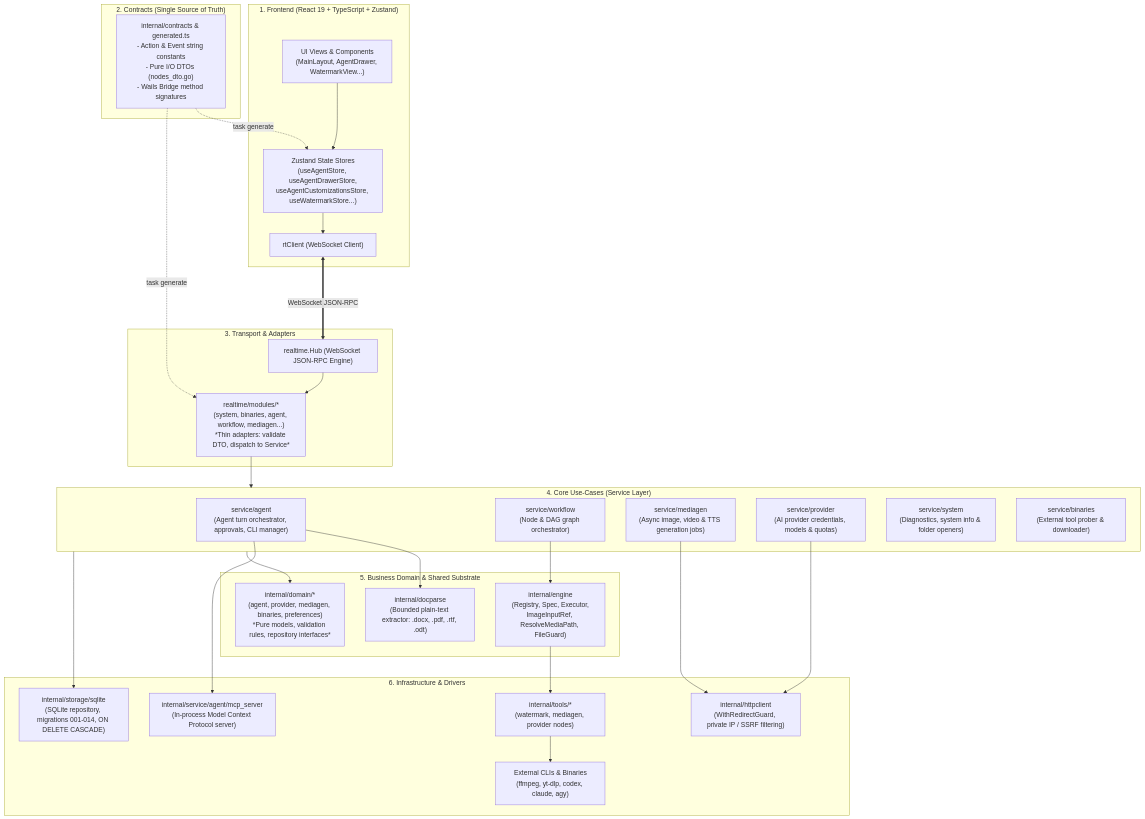
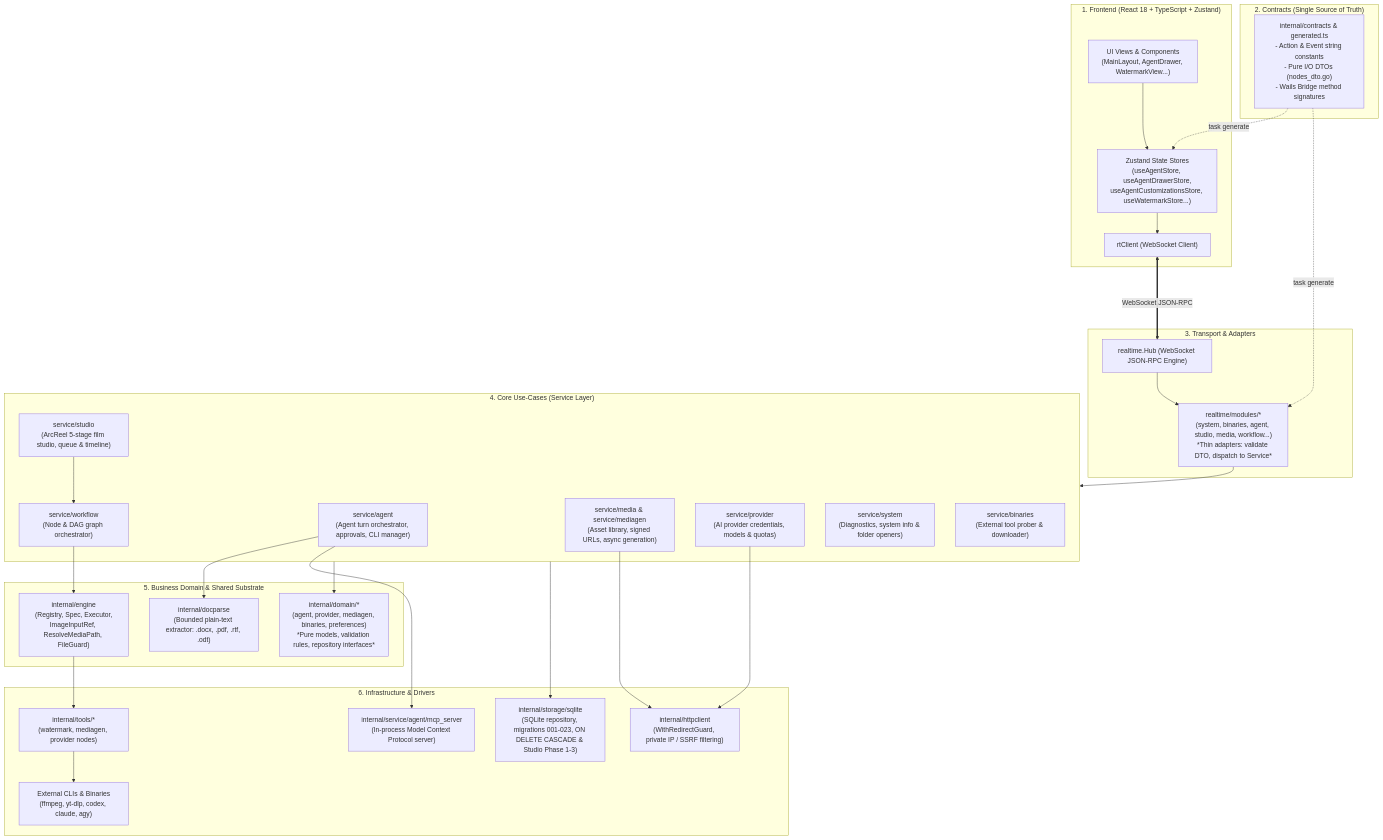
One commit to nhathaofn/dezuxkstudio changed the first of 4 diagrams in docs/architecture.md. Above: the diagram before and after it, drawn with Mermaid. The commit also changed other lines of this file and 6 other files, not shown here.

Commit message:
docs: synchronize README, architecture.md, and TEST_INFRA with Go 1.26, React 18, migrations 001-023, LockHostAdmin, and fix DOM test TypeScript types

````diff
--- a/docs/architecture.md
+++ b/docs/architecture.md
@@ -16,57 +16,59 @@
 ```mermaid
 flowchart TD
-    subgraph Frontend["1. Frontend (React 19 + TypeScript + Zustand)"]
+    subgraph Frontend["1. Frontend (React 18 + TypeScript + Zustand)"]
         UI["UI Views & Components<br/>(MainLayout, AgentDrawer, WatermarkView...)"]
         Stores["Zustand State Stores<br/>(useAgentStore, useAgentDrawerStore,<br/>useAgentCustomizationsStore, useWatermarkStore...)"]
         RTClient["rtClient (WebSocket Client)"]
         UI --> Stores --> RTClient
     end
 
     subgraph ContractsLayer["2. Contracts (Single Source of Truth)"]
         Contracts["internal/contracts & generated.ts<br/>- Action & Event string constants<br/>- Pure I/O DTOs (nodes_dto.go)<br/>- Wails Bridge method signatures"]
     end
 
     subgraph TransportLayer["3. Transport & Adapters"]
         RTHub["realtime.Hub (WebSocket JSON-RPC Engine)"]
-        Modules["realtime/modules/*<br/>(system, binaries, agent, workflow, mediagen...)<br/>*Thin adapters: validate DTO, dispatch to Service*"]
+        Modules["realtime/modules/*<br/>(system, binaries, agent, studio, media, workflow...)<br/>*Thin adapters: validate DTO, dispatch to Service*"]
         RTHub --> Modules
     end
 
     subgraph ServiceLayer["4. Core Use-Cases (Service Layer)"]
         SvcAgent["service/agent<br/>(Agent turn orchestrator, approvals, CLI manager)"]
+        SvcStudio["service/studio<br/>(ArcReel 5-stage film studio, queue & timeline)"]
         SvcWorkflow["service/workflow<br/>(Node & DAG graph orchestrator)"]
-        SvcMediaGen["service/mediagen<br/>(Async image, video & TTS generation jobs)"]
+        SvcMedia["service/media & service/mediagen<br/>(Asset library, signed URLs, async generation)"]
         SvcProvider["service/provider<br/>(AI provider credentials, models & quotas)"]
         SvcSystem["service/system<br/>(Diagnostics, system info & folder openers)"]
         SvcBinaries["service/binaries<br/>(External tool prober & downloader)"]
     end
 
     subgraph SubstrateLayer["5. Business Domain & Shared Substrate"]
         Domain["internal/domain/*<br/>(agent, provider, mediagen, binaries, preferences)<br/>*Pure models, validation rules, repository interfaces*"]
         DocParse["internal/docparse<br/>(Bounded plain-text extractor: .docx, .pdf, .rtf, .odt)"]
         EngineSubstrate["internal/engine<br/>(Registry, Spec, Executor,<br/>ImageInputRef, ResolveMediaPath, FileGuard)"]
     end
 
     subgraph InfrastructureLayer["6. Infrastructure & Drivers"]
-        SQLite["internal/storage/sqlite<br/>(SQLite repository, migrations 001-014, ON DELETE CASCADE)"]
+        SQLite["internal/storage/sqlite<br/>(SQLite repository, migrations 001-023, ON DELETE CASCADE & Studio Phase 1-3)"]
         MCP["internal/service/agent/mcp_server<br/>(In-process Model Context Protocol server)"]
         HTTPClient["internal/httpclient<br/>(WithRedirectGuard, private IP / SSRF filtering)"]
         ToolsImpl["internal/tools/*<br/>(watermark, mediagen, provider nodes)"]
         CLIs["External CLIs & Binaries<br/>(ffmpeg, yt-dlp, codex, claude, agy)"]
     end
 
     %% Connections
     RTClient <===>|WebSocket JSON-RPC| RTHub
     Contracts -.->|task generate| Stores
     Contracts -.->|task generate| Modules
     Modules --> ServiceLayer
     ServiceLayer --> Domain
     SvcAgent --> DocParse
     SvcAgent --> MCP
     SvcWorkflow --> EngineSubstrate
     EngineSubstrate --> ToolsImpl
     ToolsImpl --> CLIs
     SvcProvider --> HTTPClient
-    SvcMediaGen --> HTTPClient
+    SvcMedia --> HTTPClient
+    SvcStudio --> SvcWorkflow
     ServiceLayer --> SQLite
 ```
````
